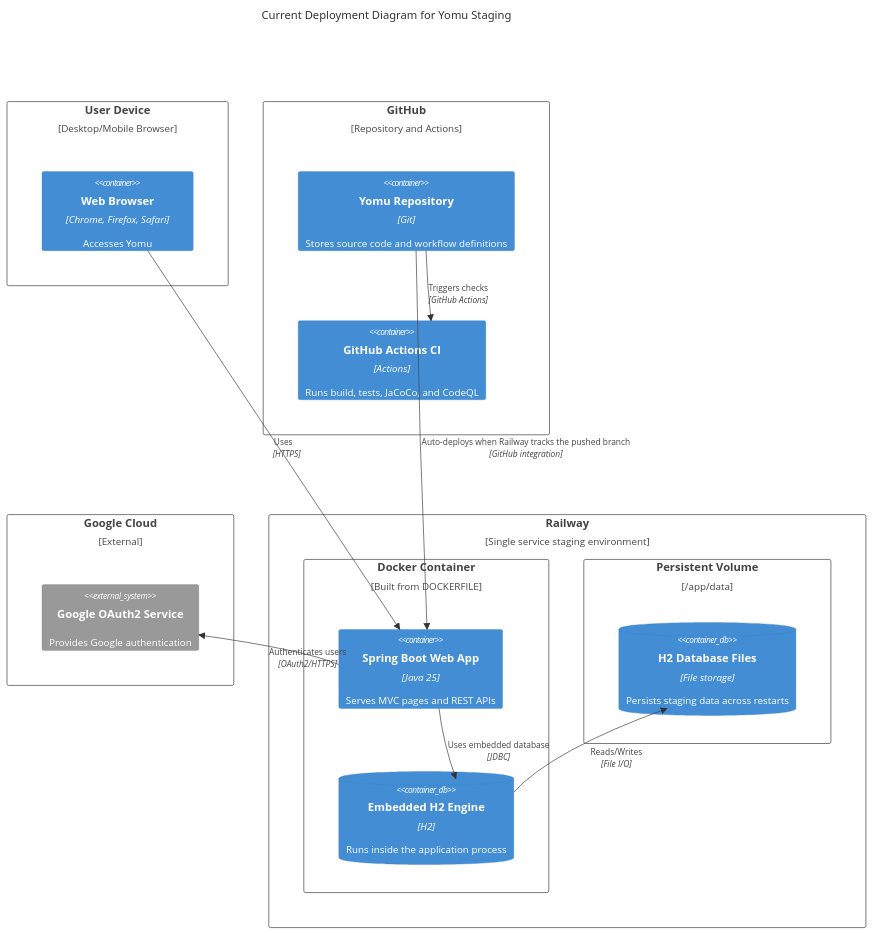
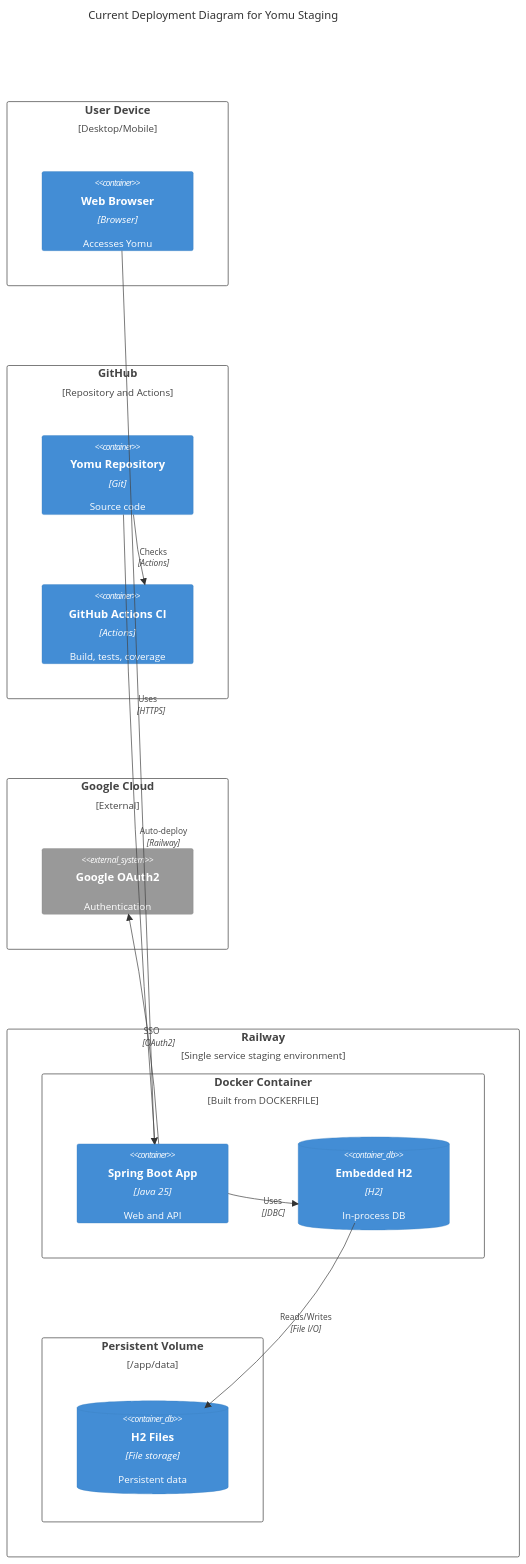
One commit to adpro-2026-B19-project/yomu changed the fifth of 10 diagrams in README.md. Above: the diagram before and after it, drawn with Mermaid. The commit also changed other lines of this file, not shown here.

````diff
--- a/README.md
+++ b/README.md
@@ -231,34 +237,36 @@
 ```mermaid
 C4Deployment
 title Current Deployment Diagram for Yomu Staging
 
-Deployment_Node(user_device, "User Device", "Desktop/Mobile Browser") {
-    Container(browser, "Web Browser", "Chrome, Firefox, Safari", "Accesses Yomu")
+Deployment_Node(user_device, "User Device", "Desktop/Mobile") {
+    Container(browser, "Web Browser", "Browser", "Accesses Yomu")
 }
 
 Deployment_Node(github, "GitHub", "Repository and Actions") {
-    Container(repo, "Yomu Repository", "Git", "Stores source code and workflow definitions")
-    Container(ci, "GitHub Actions CI", "Actions", "Runs build, tests, JaCoCo, and CodeQL")
+    Container(repo, "Yomu Repository", "Git", "Source code")
+    Container(ci, "GitHub Actions CI", "Actions", "Build, tests, coverage")
 }
 
 Deployment_Node(google, "Google Cloud", "External") {
-    System_Ext(google_oauth, "Google OAuth2 Service", "Provides Google authentication")
+    System_Ext(google_oauth, "Google OAuth2", "Authentication")
 }
 
 Deployment_Node(railway, "Railway", "Single service staging environment") {
     Deployment_Node(app_container, "Docker Container", "Built from DOCKERFILE") {
-        Container(web_app, "Spring Boot Web App", "Java 25", "Serves MVC pages and REST APIs")
-        ContainerDb(h2_engine, "Embedded H2 Engine", "H2", "Runs inside the application process")
+        Container(web_app, "Spring Boot App", "Java 25", "Web and API")
+        ContainerDb(h2_engine, "Embedded H2", "H2", "In-process DB")
     }
     Deployment_Node(volume, "Persistent Volume", "/app/data") {
-        ContainerDb(h2_files, "H2 Database Files", "File storage", "Persists staging data across restarts")
+        ContainerDb(h2_files, "H2 Files", "File storage", "Persistent data")
     }
 }
 
 Rel(browser, web_app, "Uses", "HTTPS")
-Rel(repo, ci, "Triggers checks", "GitHub Actions")
-Rel(repo, web_app, "Auto-deploys when Railway tracks the pushed branch", "GitHub integration")
-Rel(web_app, google_oauth, "Authenticates users", "OAuth2/HTTPS")
-Rel(web_app, h2_engine, "Uses embedded database", "JDBC")
+Rel(repo, ci, "Checks", "Actions")
+Rel(repo, web_app, "Auto-deploy", "Railway")
+Rel(web_app, google_oauth, "SSO", "OAuth2")
+Rel(web_app, h2_engine, "Uses", "JDBC")
 Rel(h2_engine, h2_files, "Reads/Writes", "File I/O")
+
+UpdateLayoutConfig($c4ShapeInRow="2", $c4BoundaryInRow="1")
 ```
````
